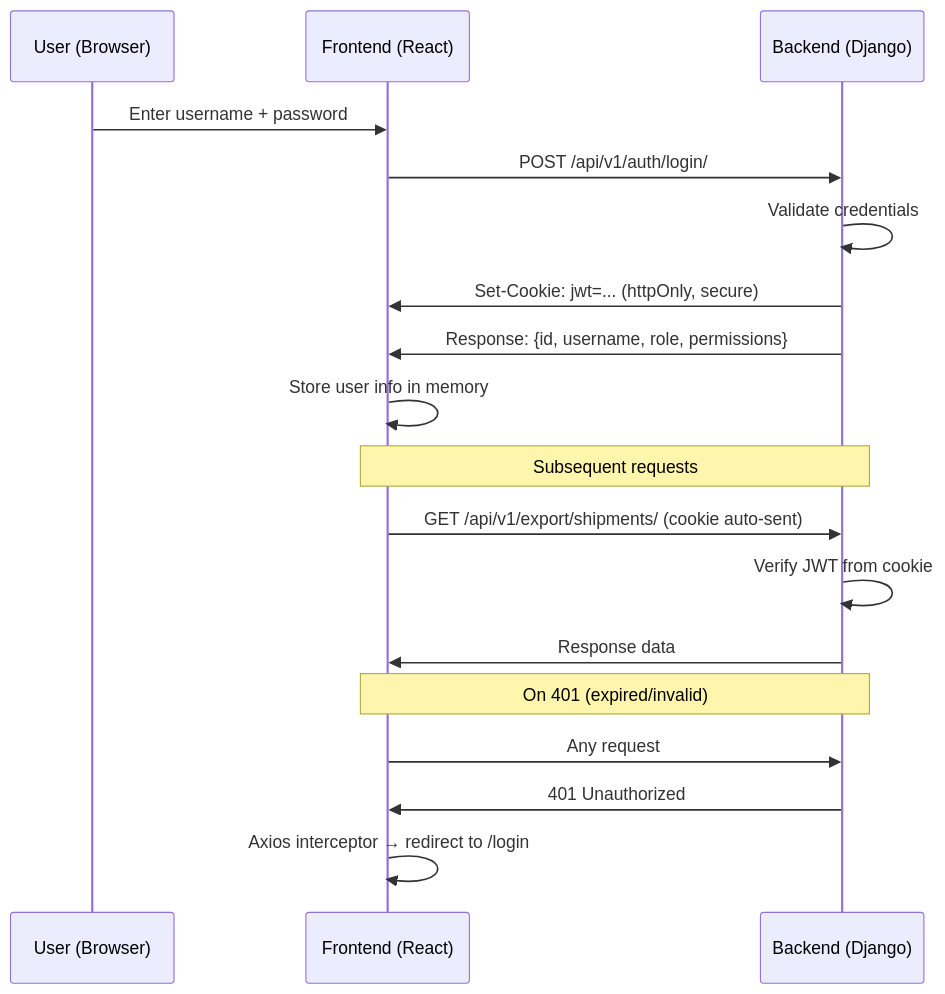
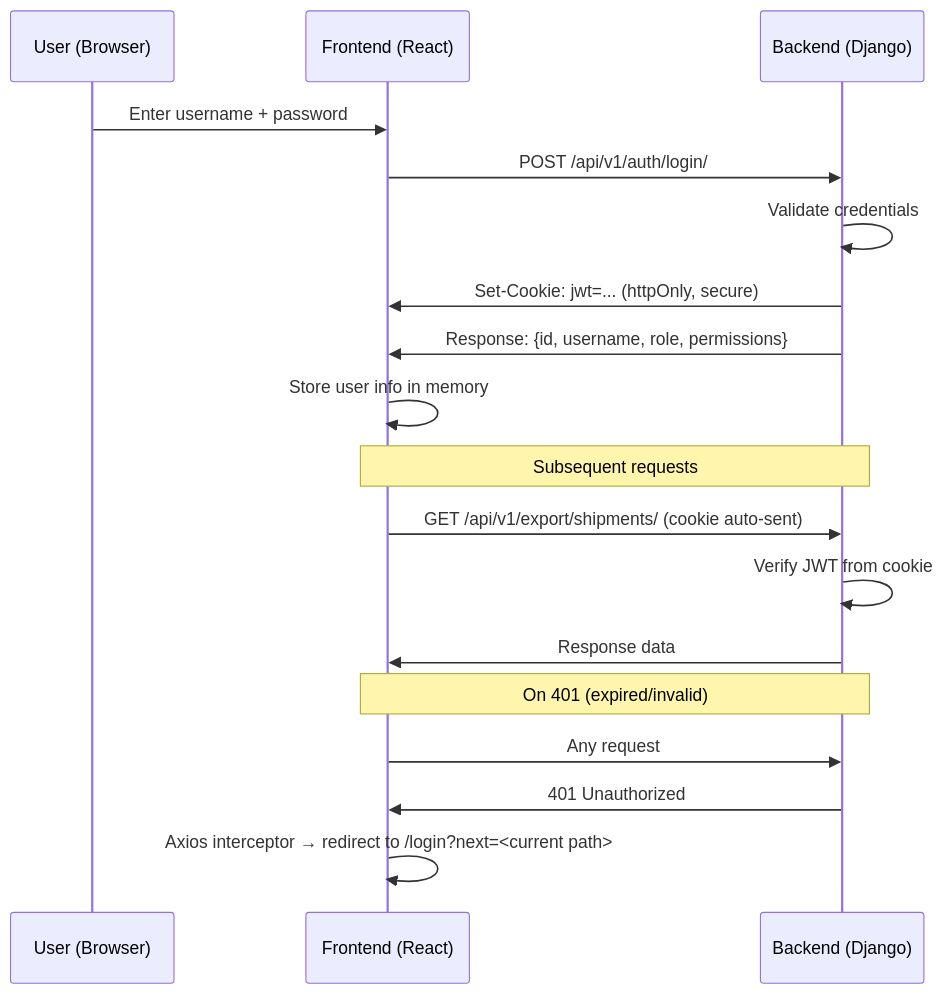
The diagram in docs/obsidian/processes/authentication.md (Jasurbek99/yigit_platform), drawn with Mermaid before and after one commit. The commit also changed other lines of this file and 10 other files, not shown here.

````diff
--- a/docs/obsidian/processes/authentication.md
+++ b/docs/obsidian/processes/authentication.md
@@ -15,23 +15,23 @@
 ```mermaid
 sequenceDiagram
     participant U as User (Browser)
     participant F as Frontend (React)
     participant B as Backend (Django)
     
     U->>F: Enter username + password
     F->>B: POST /api/v1/auth/login/
     B->>B: Validate credentials
     B->>F: Set-Cookie: jwt=... (httpOnly, secure)
     B->>F: Response: {id, username, role, permissions}
     F->>F: Store user info in memory
     
     Note over F,B: Subsequent requests
     F->>B: GET /api/v1/export/shipments/ (cookie auto-sent)
     B->>B: Verify JWT from cookie
     B->>F: Response data
     
     Note over F,B: On 401 (expired/invalid)
     F->>B: Any request
     B->>F: 401 Unauthorized
-    F->>F: Axios interceptor → redirect to /login
+    F->>F: Axios interceptor → redirect to /login?next=<current path>
 ```
````
